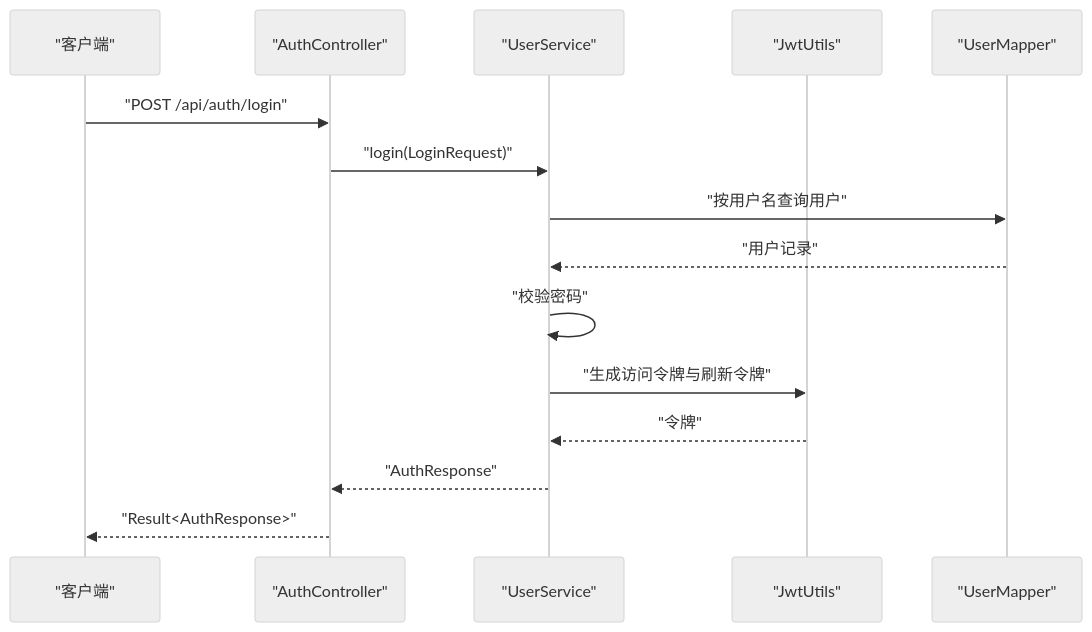
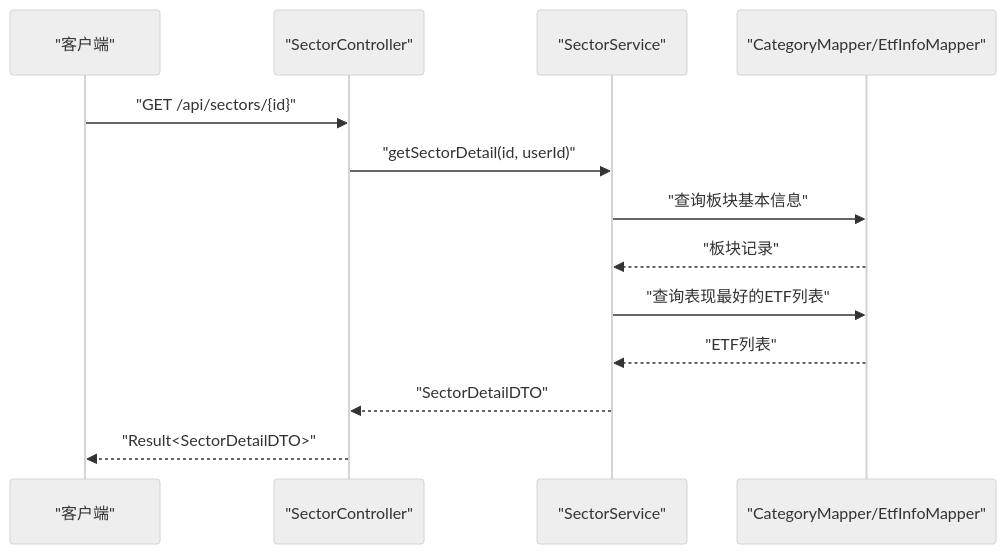
Before and after one commit to PersonNoName/FreeTrader: the second of 6 diagrams in .qoder/repowiki/zh/content/后端系统/数据传输对象与验证.md, drawn with Mermaid (neutral theme). The commit also changed other lines of this file and 10 other files, not shown here.

````diff
--- a/.qoder/repowiki/zh/content/后端系统/数据传输对象与验证.md
+++ b/.qoder/repowiki/zh/content/后端系统/数据传输对象与验证.md
@@ -145,17 +161,15 @@
 ```mermaid
 sequenceDiagram
 participant C as "客户端"
-participant AC as "AuthController"
-participant US as "UserService"
-participant JWT as "JwtUtils"
-participant DB as "UserMapper"
-C->>AC : "POST /api/auth/login"
-AC->>US : "login(LoginRequest)"
-US->>DB : "按用户名查询用户"
-DB-->>US : "用户记录"
-US->>US : "校验密码"
-US->>JWT : "生成访问令牌与刷新令牌"
-JWT-->>US : "令牌"
-US-->>AC : "AuthResponse"
-AC-->>C : "Result<AuthResponse>"
+participant SC as "SectorController"
+participant SS as "SectorService"
+participant DB as "CategoryMapper/EtfInfoMapper"
+C->>SC : "GET /api/sectors/{id}"
+SC->>SS : "getSectorDetail(id, userId)"
+SS->>DB : "查询板块基本信息"
+DB-->>SS : "板块记录"
+SS->>DB : "查询表现最好的ETF列表"
+DB-->>SS : "ETF列表"
+SS-->>SC : "SectorDetailDTO"
+SC-->>C : "Result<SectorDetailDTO>"
 ```
````
